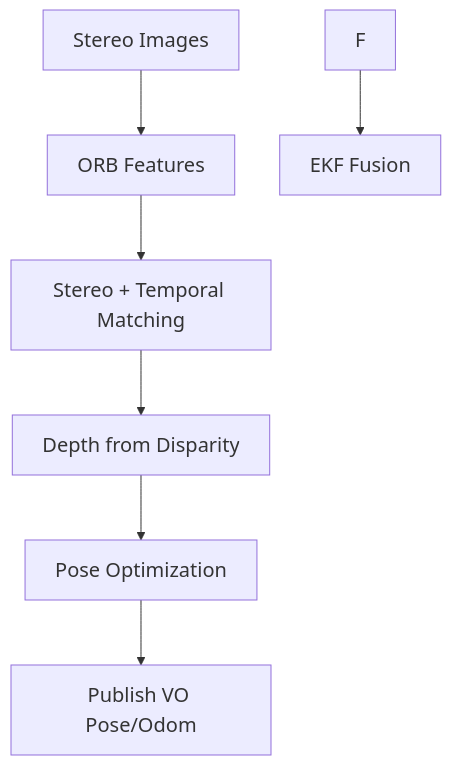
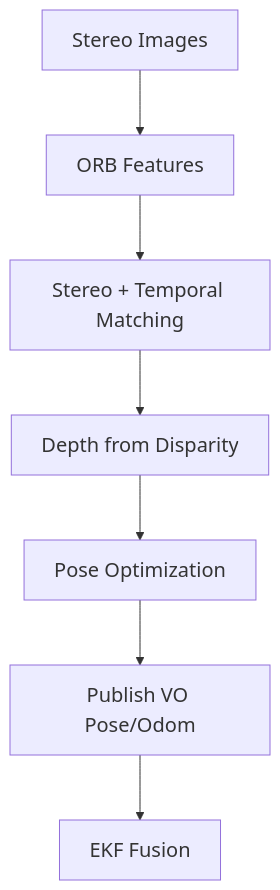
Before and after one commit to SeasonedLeo/RAS_Mobile_Robotics_Vision: the diagram in project/report3.md, drawn with Mermaid. The commit also changed other lines of this file, not shown here.

````diff
--- a/project/report3.md
+++ b/project/report3.md
@@ -93,10 +93,10 @@
 ```mermaid
 %%{init: {"themeVariables": {"fontSize": "20px"}, "flowchart": {"nodeSpacing": 45, "rankSpacing": 65}}}%%
 flowchart TB
   A["Stereo Images"] --> B["ORB Features"]
   B --> C["Stereo + Temporal Matching"]
   C --> D["Depth from Disparity"]
   D --> E["Pose Optimization"]
-  E --> G["Publish VO Pose/Odom"]
-  F --> H["EKF Fusion"]
+  E --> F["Publish VO Pose/Odom"]
+  F --> G["EKF Fusion"]
 ```
````
